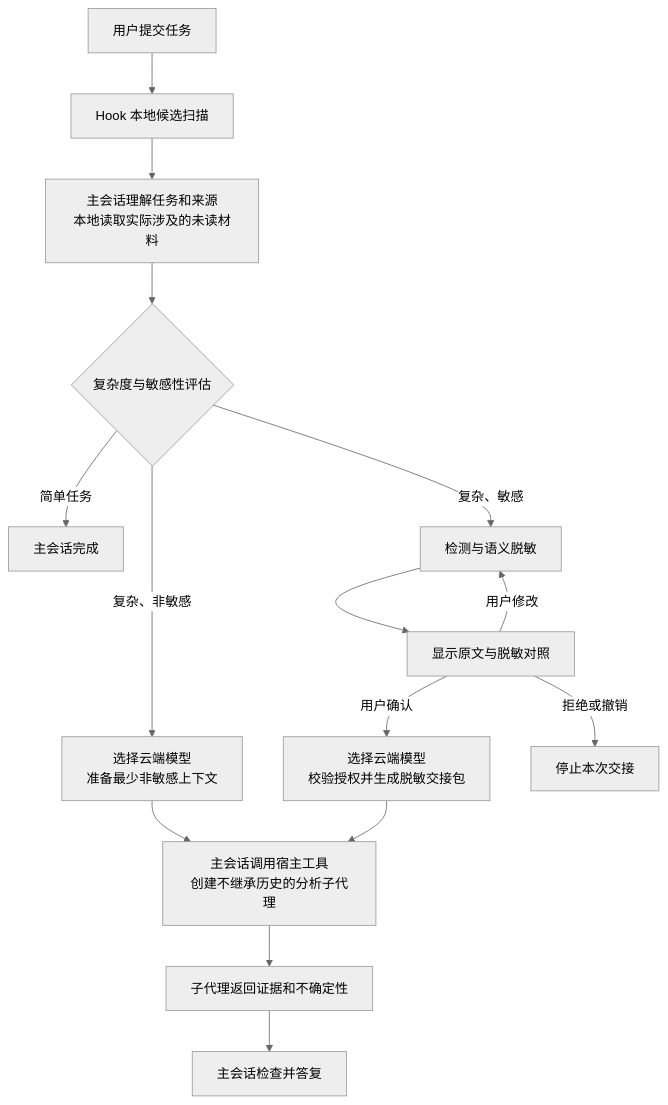
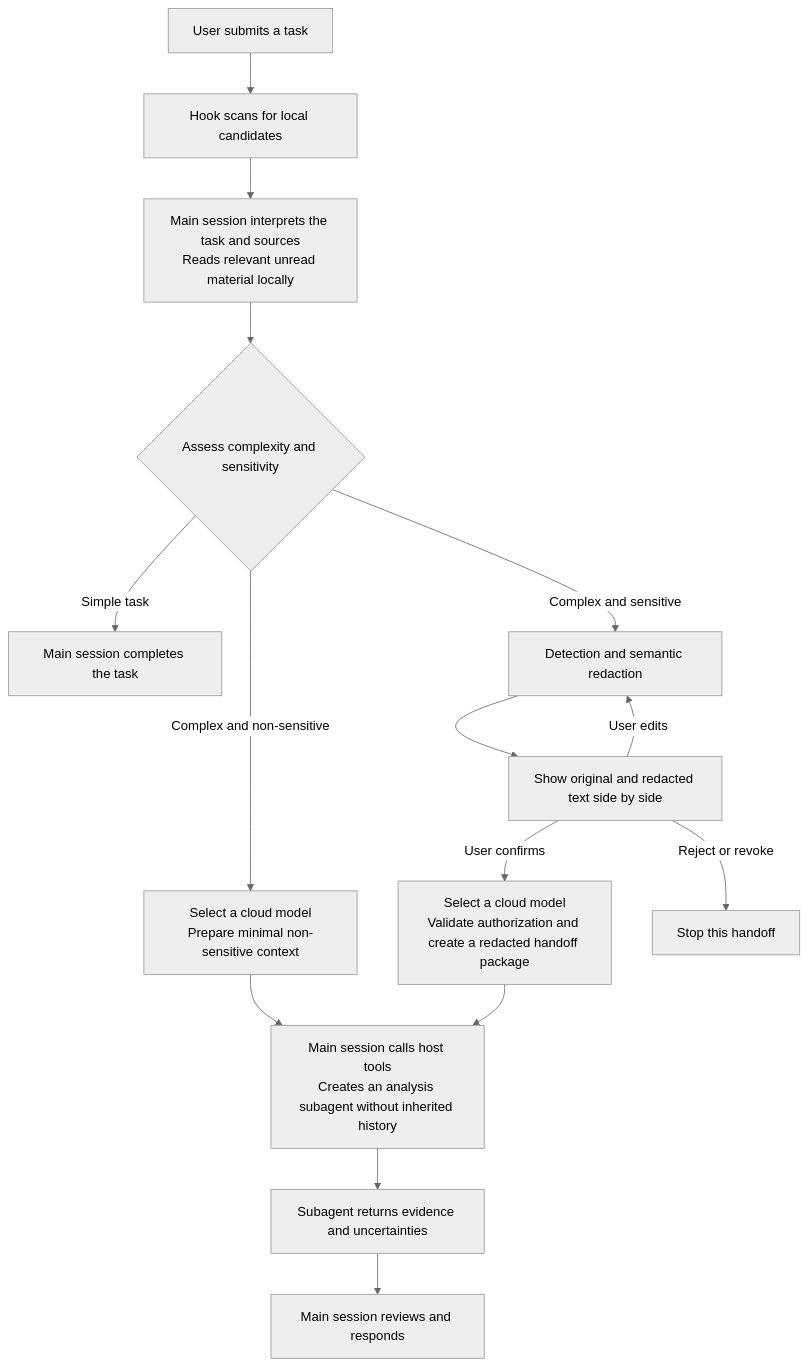
Before and after one commit to XHToken/codex-XCoSpan: the diagram in docs/architecture.md, drawn with Mermaid (neutral theme). The commit also changed other lines of this file and 12 other files, not shown here.

````diff
--- a/docs/architecture.md
+++ b/docs/architecture.md
@@ -26,17 +28,17 @@
 ```mermaid
 flowchart TD
-    U[用户提交任务] --> H[Hook 本地候选扫描]
-    H --> M["主会话理解任务和来源<br/>本地读取实际涉及的未读材料"]
-    M --> R{复杂度与敏感性评估}
-    R -->|简单任务| L[主会话完成]
-    R -->|复杂、非敏感| N["选择云端模型<br/>准备最少非敏感上下文"]
-    R -->|复杂、敏感| D[检测与语义脱敏]
-    D --> V[显示原文与脱敏对照]
-    V -->|用户修改| D
-    V -->|用户确认| A["选择云端模型<br/>校验授权并生成脱敏交接包"]
-    V -->|拒绝或撤销| S[停止本次交接]
-    N --> C["主会话调用宿主工具<br/>创建不继承历史的分析子代理"]
+    U[User submits a task] --> H[Hook scans for local candidates]
+    H --> M["Main session interprets the task and sources<br/>Reads relevant unread material locally"]
+    M --> R{Assess complexity and sensitivity}
+    R -->|Simple task| L[Main session completes the task]
+    R -->|Complex and non-sensitive| N["Select a cloud model<br/>Prepare minimal non-sensitive context"]
+    R -->|Complex and sensitive| D[Detection and semantic redaction]
+    D --> V[Show original and redacted text side by side]
+    V -->|User edits| D
+    V -->|User confirms| A["Select a cloud model<br/>Validate authorization and create a redacted handoff package"]
+    V -->|Reject or revoke| S[Stop this handoff]
+    N --> C["Main session calls host tools<br/>Creates an analysis subagent without inherited history"]
     A --> C
-    C --> F[子代理返回证据和不确定性]
-    F --> E[主会话检查并答复]
+    C --> F[Subagent returns evidence and uncertainties]
+    F --> E[Main session reviews and responds]
 ```
````
